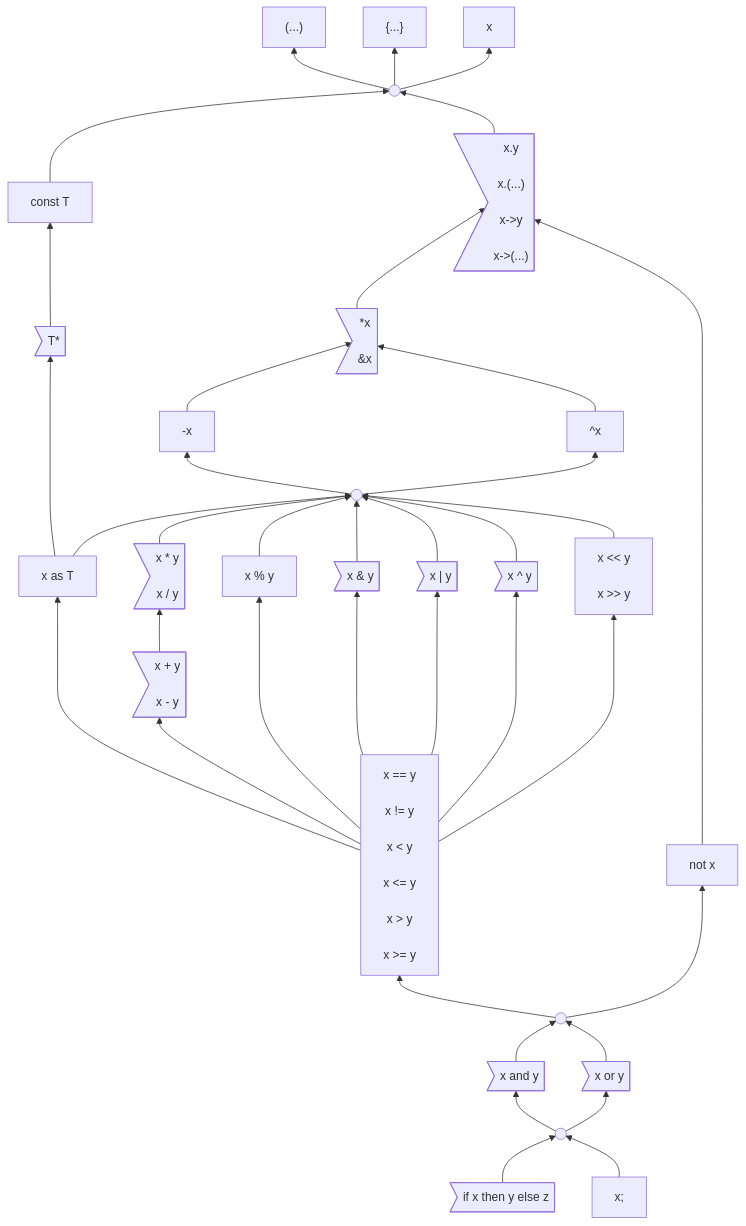
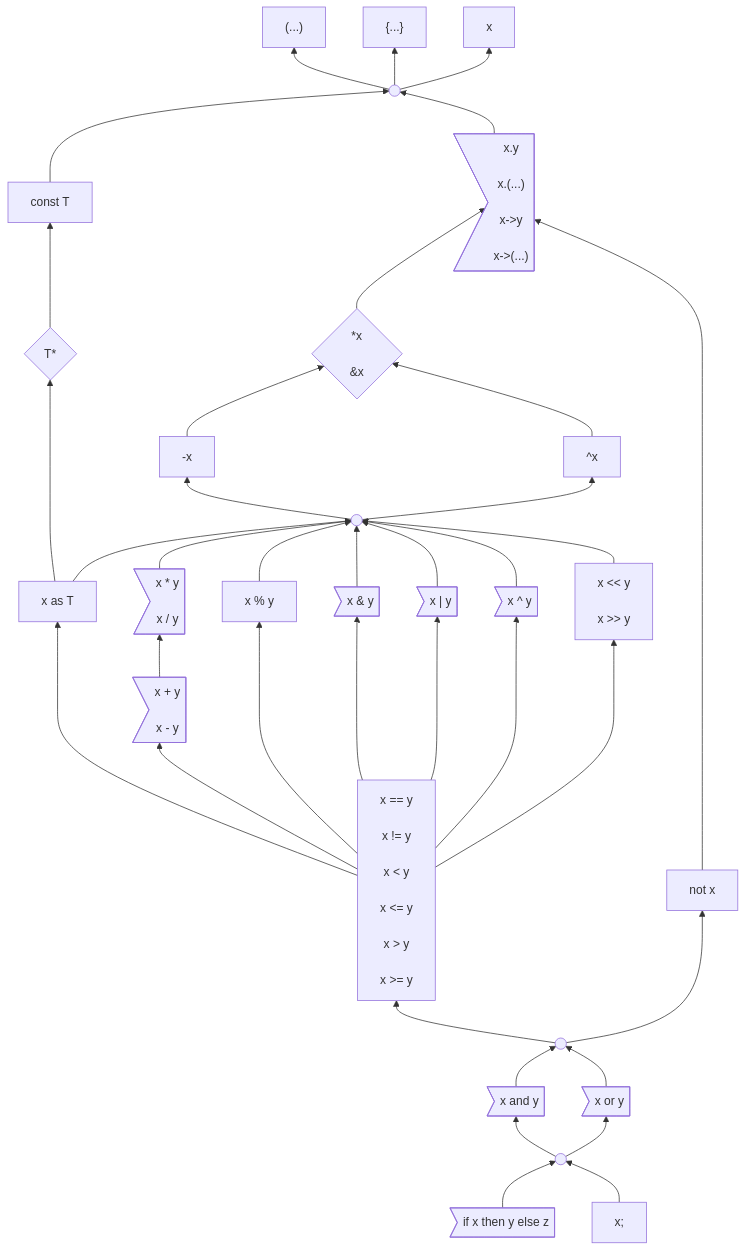
Before and after one commit to carbon-language/carbon-lang: the first of 3 diagrams in docs/design/expressions/README.md, drawn with Mermaid. The commit also changed other lines of this file, not shown here.

First line of the commit message:
Mark unary operators as repeating. (#3074)

```diff
--- a/docs/design/expressions/README.md
+++ b/docs/design/expressions/README.md
@@ -72,14 +72,11 @@
     constType["const T"]
     click pointer-type "https://github.com/carbon-language/carbon-lang/blob/trunk/docs/design/expressions/type_operators.md"
 
-    pointerType>"T*"]
+    pointerType{"T*"}
     click pointer-type "https://github.com/carbon-language/carbon-lang/blob/trunk/docs/design/expressions/type_operators.md"
 
-    %% FIXME: Need to switch unary operators from a left/right associativity to
-    %% a "repeated" marker, as we only have one direction for associativity and
-    %% that is wrong in this specific case.
-    pointer>"*x<br>
-             &x<br>"]
+    pointer{"*x<br>
+             &x<br>"}
     click pointer "https://github.com/carbon-language/carbon-lang/blob/trunk/docs/design/expressions/pointer.md"
 
     negation["-x"]
```
